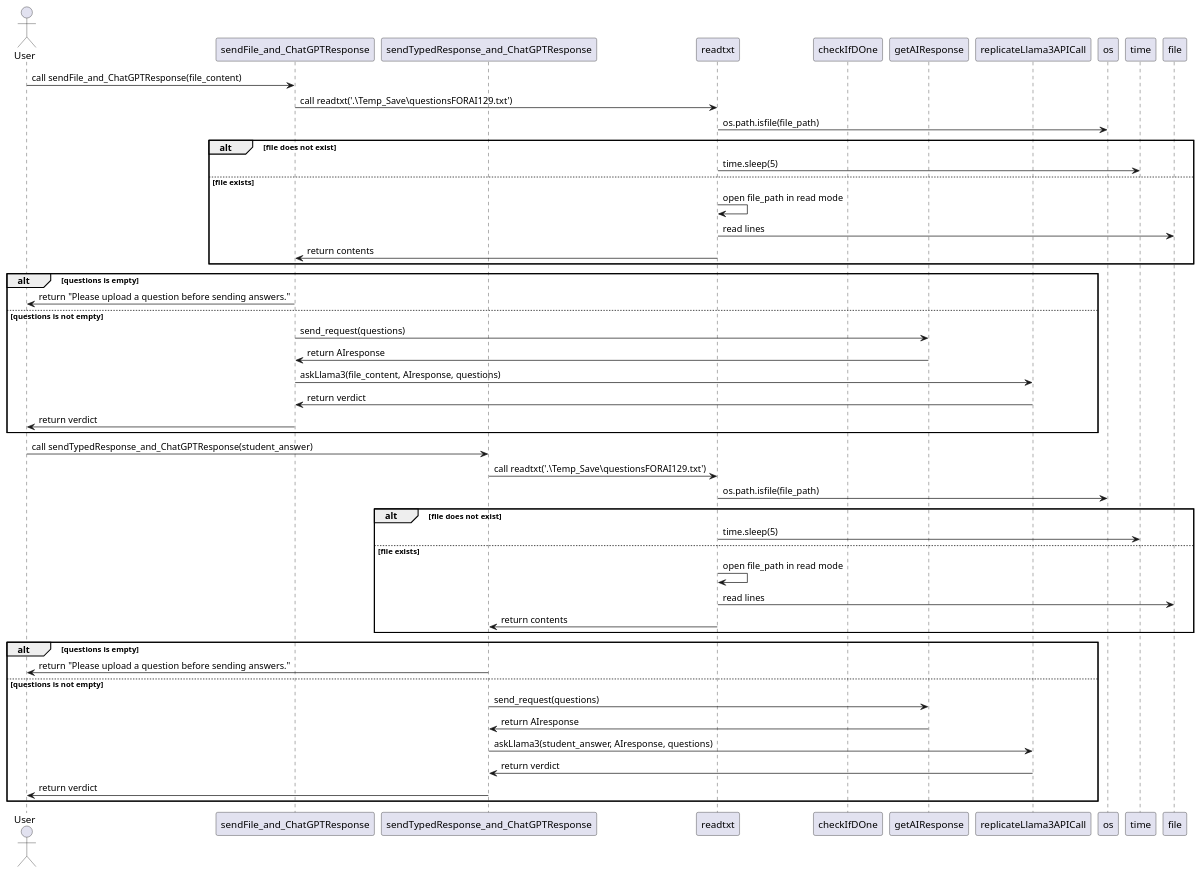
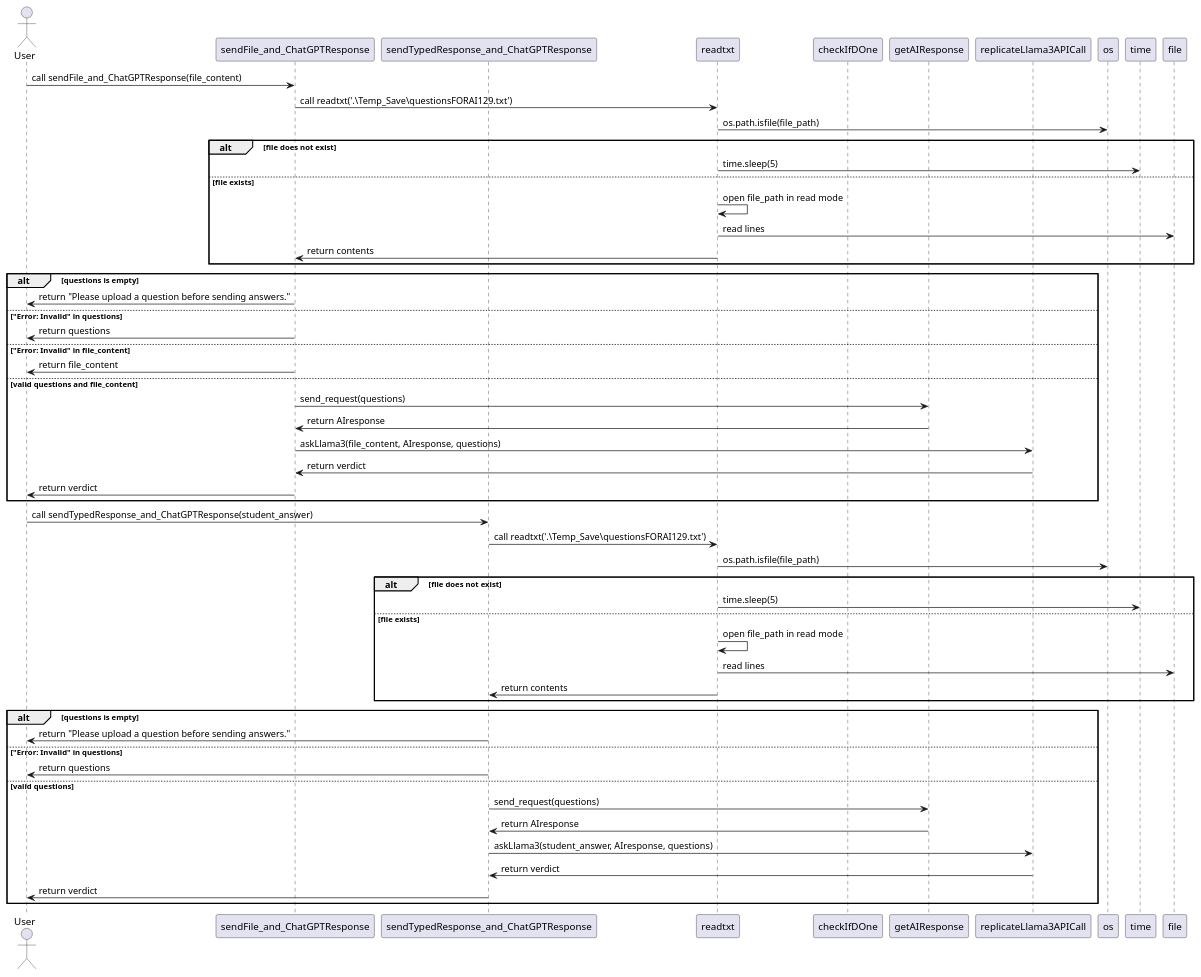
Before and after one commit to NoahS20/Grad-Project: the diagram in Diagrams/Sequence Diagrams/BackEnd/sendToModelUMLSequence.wsd, drawn with PlantUML. The commit also changed 21 other files, not shown here.

Commit message:
Added functionality that returns error message if the files are the wrong type. Added functionality to detect if all files are question files. Fixed issue where when uploading files it keeps scrolling. Updated diagrams

```diff
--- a/Diagrams/Sequence Diagrams/BackEnd/sendToModelUMLSequence.wsd
+++ b/Diagrams/Sequence Diagrams/BackEnd/sendToModelUMLSequence.wsd
@@ -1,55 +1,61 @@
 @startuml
 actor User
 
 participant sendFile_and_ChatGPTResponse
 participant sendTypedResponse_and_ChatGPTResponse
 participant readtxt
 participant checkIfDOne
 participant getAIResponse
 participant replicateLlama3APICall
 participant os
 participant time
 
 User -> sendFile_and_ChatGPTResponse: call sendFile_and_ChatGPTResponse(file_content)
 sendFile_and_ChatGPTResponse -> readtxt: call readtxt('.\Temp_Save\questionsFORAI129.txt')
 readtxt -> os: os.path.isfile(file_path)
 alt file does not exist
     readtxt -> time: time.sleep(5)
 else file exists
     readtxt -> readtxt: open file_path in read mode
     readtxt -> file: read lines
     readtxt -> sendFile_and_ChatGPTResponse: return contents
 end
 
 alt questions is empty
     sendFile_and_ChatGPTResponse -> User: return "Please upload a question before sending answers."
-else questions is not empty
+else "Error: Invalid" in questions
+    sendFile_and_ChatGPTResponse -> User: return questions
+else "Error: Invalid" in file_content
+    sendFile_and_ChatGPTResponse -> User: return file_content
+else valid questions and file_content
     sendFile_and_ChatGPTResponse -> getAIResponse: send_request(questions)
     getAIResponse -> sendFile_and_ChatGPTResponse: return AIresponse
     sendFile_and_ChatGPTResponse -> replicateLlama3APICall: askLlama3(file_content, AIresponse, questions)
     replicateLlama3APICall -> sendFile_and_ChatGPTResponse: return verdict
     sendFile_and_ChatGPTResponse -> User: return verdict
 end
 
 User -> sendTypedResponse_and_ChatGPTResponse: call sendTypedResponse_and_ChatGPTResponse(student_answer)
 sendTypedResponse_and_ChatGPTResponse -> readtxt: call readtxt('.\Temp_Save\questionsFORAI129.txt')
 readtxt -> os: os.path.isfile(file_path)
 alt file does not exist
     readtxt -> time: time.sleep(5)
 else file exists
     readtxt -> readtxt: open file_path in read mode
     readtxt -> file: read lines
     readtxt -> sendTypedResponse_and_ChatGPTResponse: return contents
 end
 
 alt questions is empty
     sendTypedResponse_and_ChatGPTResponse -> User: return "Please upload a question before sending answers."
-else questions is not empty
+else "Error: Invalid" in questions
+    sendTypedResponse_and_ChatGPTResponse -> User: return questions
+else valid questions
     sendTypedResponse_and_ChatGPTResponse -> getAIResponse: send_request(questions)
     getAIResponse -> sendTypedResponse_and_ChatGPTResponse: return AIresponse
     sendTypedResponse_and_ChatGPTResponse -> replicateLlama3APICall: askLlama3(student_answer, AIresponse, questions)
     replicateLlama3APICall -> sendTypedResponse_and_ChatGPTResponse: return verdict
     sendTypedResponse_and_ChatGPTResponse -> User: return verdict
 end
 
 @enduml
```
